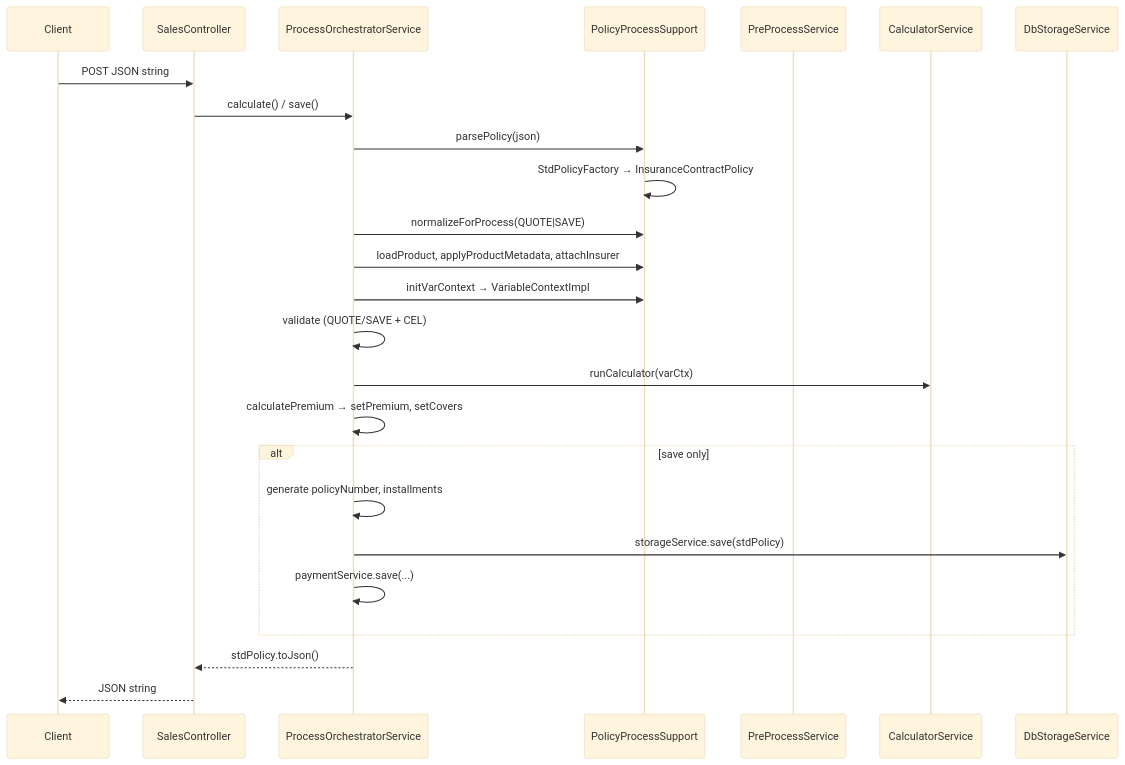
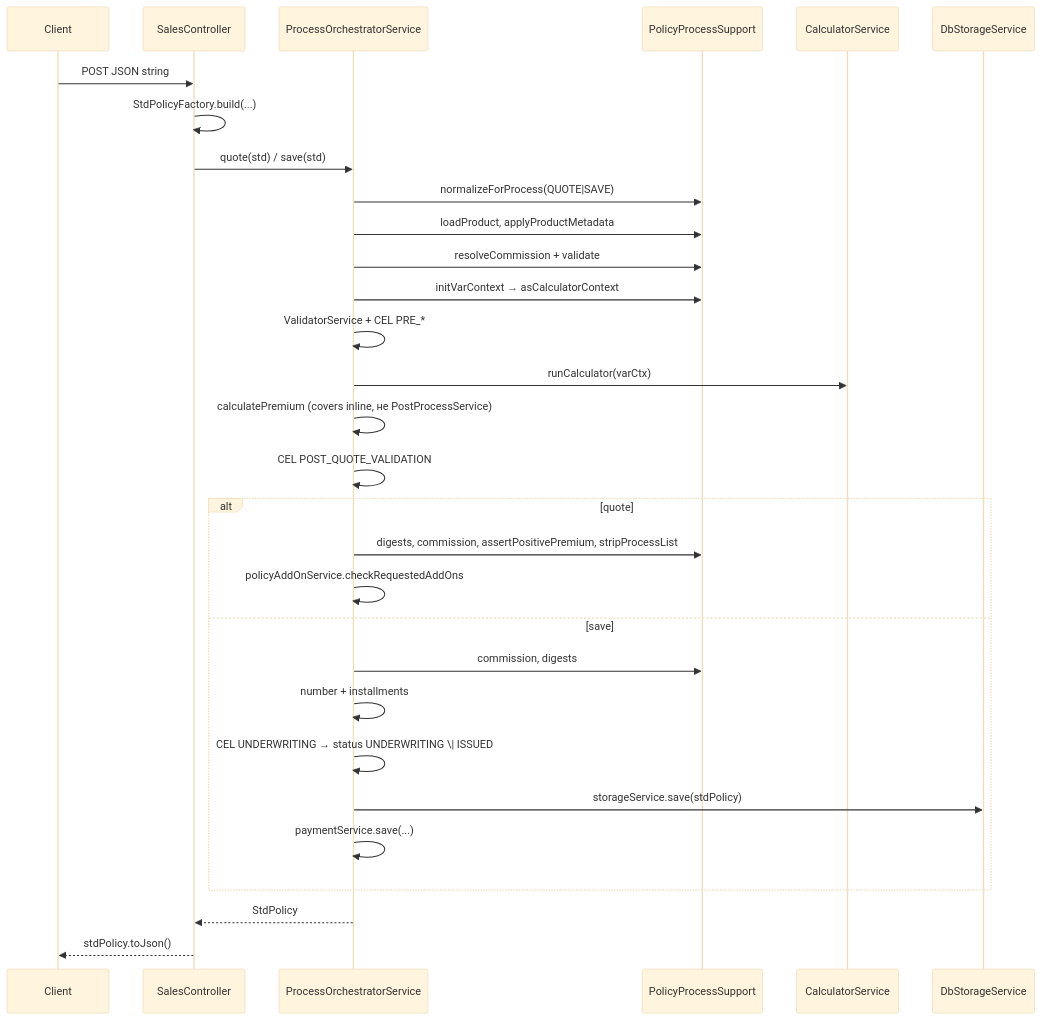
The first of 2 diagrams in PoliTechAPI/docs/POLICY_QUOTE_SAVE.md (OlegSirik/PtDocker), drawn with Mermaid (base theme) before and after one commit. The commit also changed other lines of this file and 119 other files, not shown here.

First line of the commit message:
Add LLM agents for schema, covers, packages and calculator; introduce policy-entry pages for NS and GAD.

````diff
--- a/PoliTechAPI/docs/POLICY_QUOTE_SAVE.md
+++ b/PoliTechAPI/docs/POLICY_QUOTE_SAVE.md
@@ -63,28 +76,33 @@
 ```mermaid
 sequenceDiagram
     participant Client
     participant API as SalesController
     participant Orch as ProcessOrchestratorService
     participant Support as PolicyProcessSupport
-    participant Pre as PreProcessService
     participant Calc as CalculatorService
     participant DB as DbStorageService
 
     Client->>API: POST JSON string
-    API->>Orch: calculate() / save()
-    Orch->>Support: parsePolicy(json)
-    Support->>Support: StdPolicyFactory → InsuranceContractPolicy
+    API->>API: StdPolicyFactory.build(...)
+    API->>Orch: quote(std) / save(std)
     Orch->>Support: normalizeForProcess(QUOTE|SAVE)
-    Orch->>Support: loadProduct, applyProductMetadata, attachInsurer
-    Orch->>Support: initVarContext → VariableContextImpl
-    Orch->>Orch: validate (QUOTE/SAVE + CEL)
+    Orch->>Support: loadProduct, applyProductMetadata
+    Orch->>Support: resolveCommission + validate
+    Orch->>Support: initVarContext → asCalculatorContext
+    Orch->>Orch: ValidatorService + CEL PRE_*
     Orch->>Calc: runCalculator(varCtx)
-    Orch->>Orch: calculatePremium → setPremium, setCovers
-    alt save only
-        Orch->>Orch: generate policyNumber, installments
+    Orch->>Orch: calculatePremium (covers inline, не PostProcessService)
+    Orch->>Orch: CEL POST_QUOTE_VALIDATION
+    alt quote
+        Orch->>Support: digests, commission, assertPositivePremium, stripProcessList
+        Orch->>Orch: policyAddOnService.checkRequestedAddOns
+    else save
+        Orch->>Support: commission, digests
+        Orch->>Orch: number + installments
+        Orch->>Orch: CEL UNDERWRITING → status UNDERWRITING \| ISSUED
         Orch->>DB: storageService.save(stdPolicy)
         Orch->>Orch: paymentService.save(...)
     end
-    Orch-->>API: stdPolicy.toJson()
-    API-->>Client: JSON string
+    Orch-->>API: StdPolicy
+    API-->>Client: stdPolicy.toJson()
 ```
````
